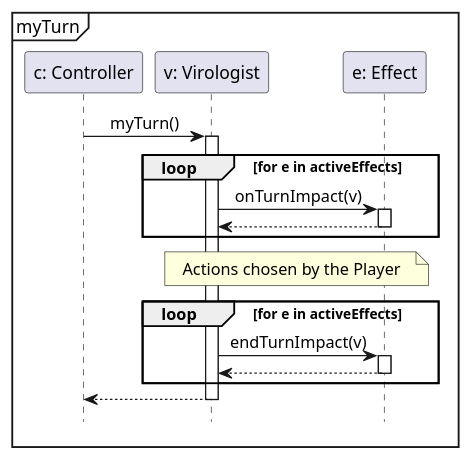
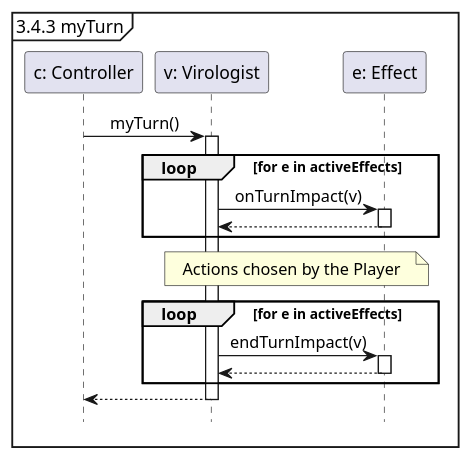
One commit to Tschonti/503-service-unavailable changed the diagram in docs/seqDiagrams/03_1myTurn.puml. Above: the diagram before and after it, drawn with PlantUML. The commit also changed 9 other files, not shown here.

```diff
--- a/docs/seqDiagrams/03_1myTurn.puml
+++ b/docs/seqDiagrams/03_1myTurn.puml
@@ -1,24 +1,24 @@
 @startuml
 
 hide footbox
 skinparam sequenceMessageAlign center
 
-mainframe myTurn
+mainframe 3.4.3 myTurn
 
 participant "c: Controller" as c
 participant "v: Virologist" as v
 participant "e: Effect" as e
 c -> v ++ : myTurn()
     loop for e in activeEffects
         v -> e ++ : onTurnImpact(v)
         return
     end
 
     note over v,e: Actions chosen by the Player
     loop for e in activeEffects
         v -> e ++ : endTurnImpact(v)
         return
     end
 
 return
 @enduml
```
